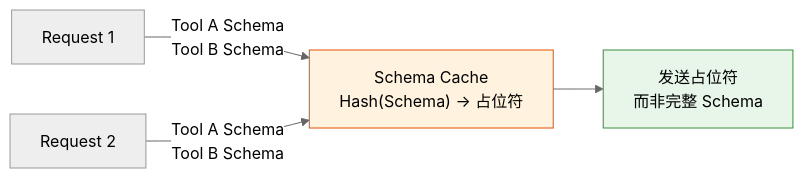
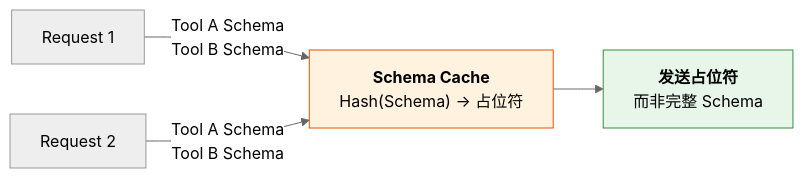
One commit to yeasy/harness_engineering_guide changed the diagram in 10_production/10.3_performance.md. Above: the diagram before and after it, drawn with Mermaid (neutral theme). The commit also changed 15 other files, not shown here.

````diff
--- a/10_production/10.3_performance.md
+++ b/10_production/10.3_performance.md
@@ -17,9 +17,9 @@
 ```mermaid
 flowchart LR
-    R1["Request 1"] -->|"Tool A Schema<br/>Tool B Schema"| Cache["Schema Cache<br/>Hash(Schema) → 占位符"]
+    R1["Request 1"] -->|"Tool A Schema<br/>Tool B Schema"| Cache["<b>Schema Cache</b><br/>Hash(Schema) → 占位符"]
     R2["Request 2"] -->|"Tool A Schema<br/>Tool B Schema"| Cache
-    Cache --> Send["发送占位符<br/>而非完整 Schema"]
+    Cache --> Send["<b>发送占位符</b><br/>而非完整 Schema"]
 
     style Cache fill:#fff3e0,stroke:#e65100
     style Send fill:#e8f5e9,stroke:#388e3c
 ```
````
